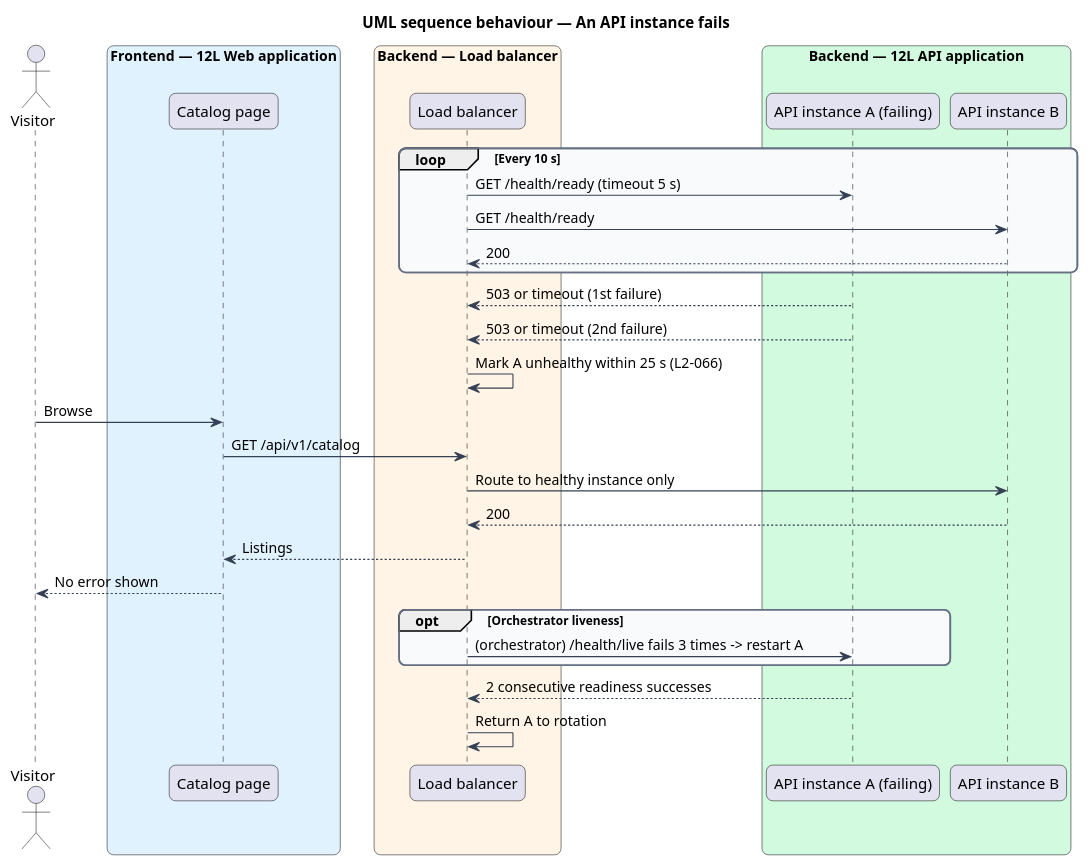
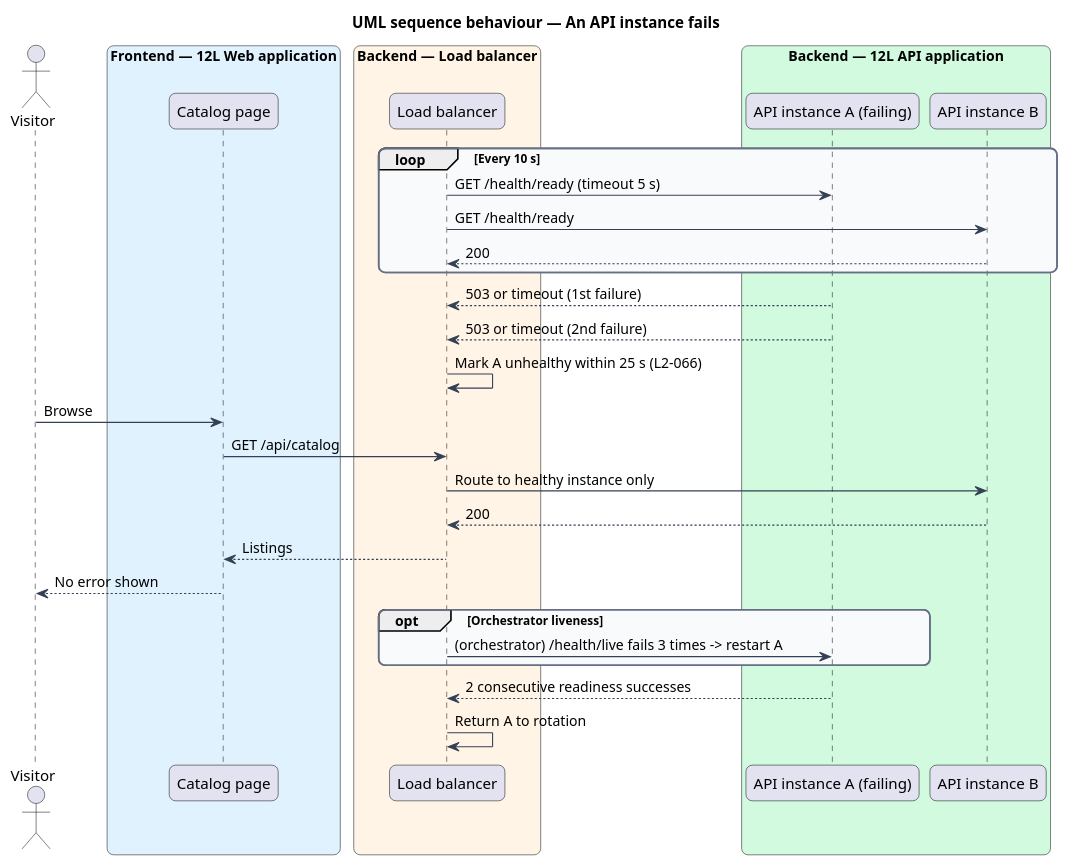
Before and after one commit to QuinntyneBrown/12l: the diagram in docs/detailed-designs/platform/keep-available-and-recoverable/diagrams/sequence-instance-failure.puml, drawn with PlantUML. The commit also changed 28 other files, not shown here.

```diff
--- a/docs/detailed-designs/platform/keep-available-and-recoverable/diagrams/sequence-instance-failure.puml
+++ b/docs/detailed-designs/platform/keep-available-and-recoverable/diagrams/sequence-instance-failure.puml
@@ -1,47 +1,47 @@
 @startuml
 title UML sequence behaviour — An API instance fails
 skinparam backgroundColor #FFFFFF
 skinparam shadowing false
 skinparam roundcorner 12
 skinparam defaultFontName Arial
 skinparam ArrowColor #344054
 skinparam rectangle {
   BorderColor #344054
   FontColor #101828
 }
 skinparam package {
   BorderColor #667085
   FontColor #101828
   BackgroundColor #F9FAFB
 }
 actor "Visitor" as actor
 box "Frontend — 12L Web application" #E0F2FE
   participant "Catalog page" as page
 end box
 box "Backend — Load balancer" #FFF4E5
   participant "Load balancer" as lb
 end box
 box "Backend — 12L API application" #D1FADF
   participant "API instance A (failing)" as a
   participant "API instance B" as b
 end box
 loop Every 10 s
   lb -> a : GET /health/ready (timeout 5 s)
   lb -> b : GET /health/ready
   b --> lb : 200
 end
 a --> lb : 503 or timeout (1st failure)
 a --> lb : 503 or timeout (2nd failure)
 lb -> lb : Mark A unhealthy within 25 s (L2-066)
 actor -> page : Browse
-page -> lb : GET /api/v1/catalog
+page -> lb : GET /api/catalog
 lb -> b : Route to healthy instance only
 b --> lb : 200
 lb --> page : Listings
 page --> actor : No error shown
 opt Orchestrator liveness
   lb -> a : (orchestrator) /health/live fails 3 times -> restart A
 end
 a --> lb : 2 consecutive readiness successes
 lb -> lb : Return A to rotation
 @enduml
```
